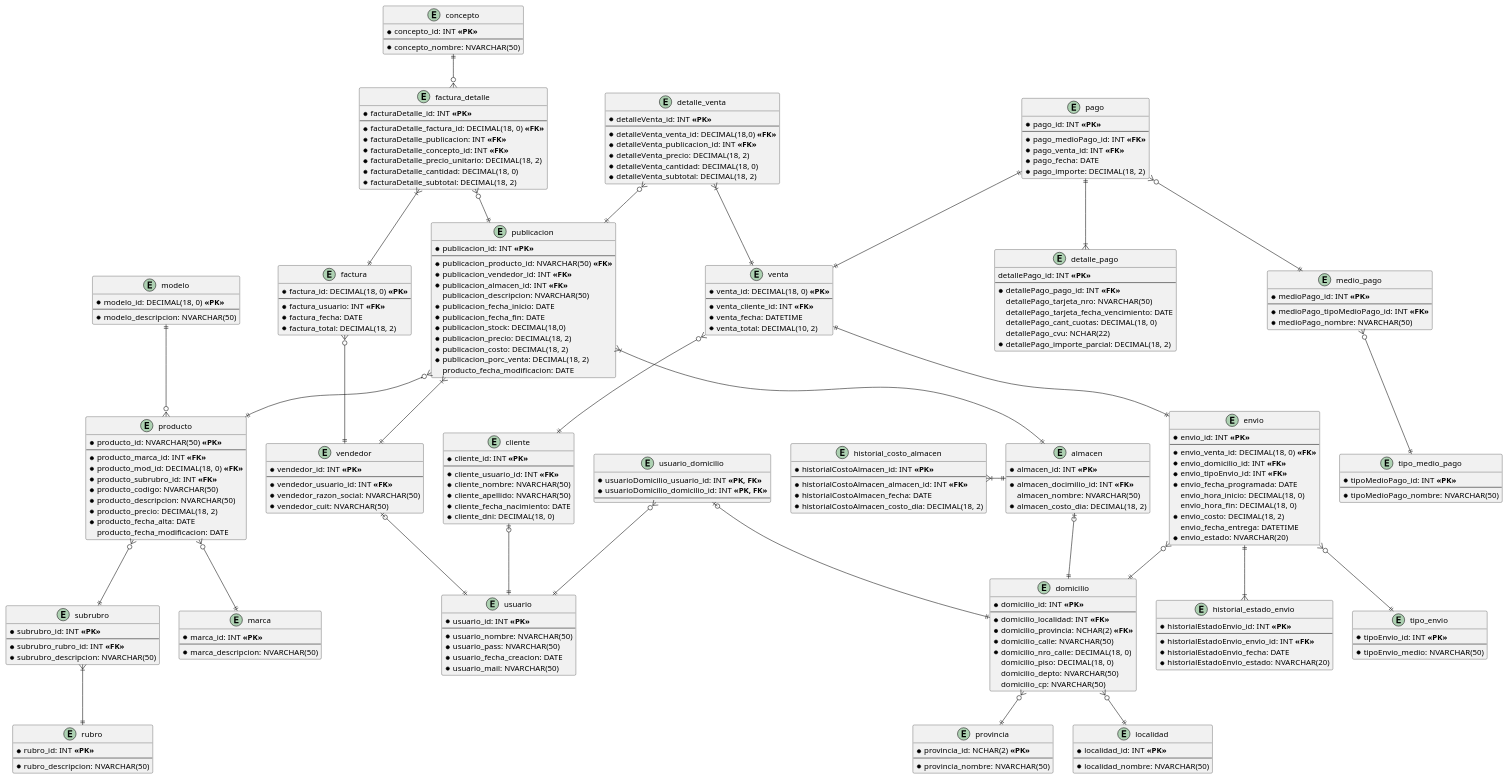
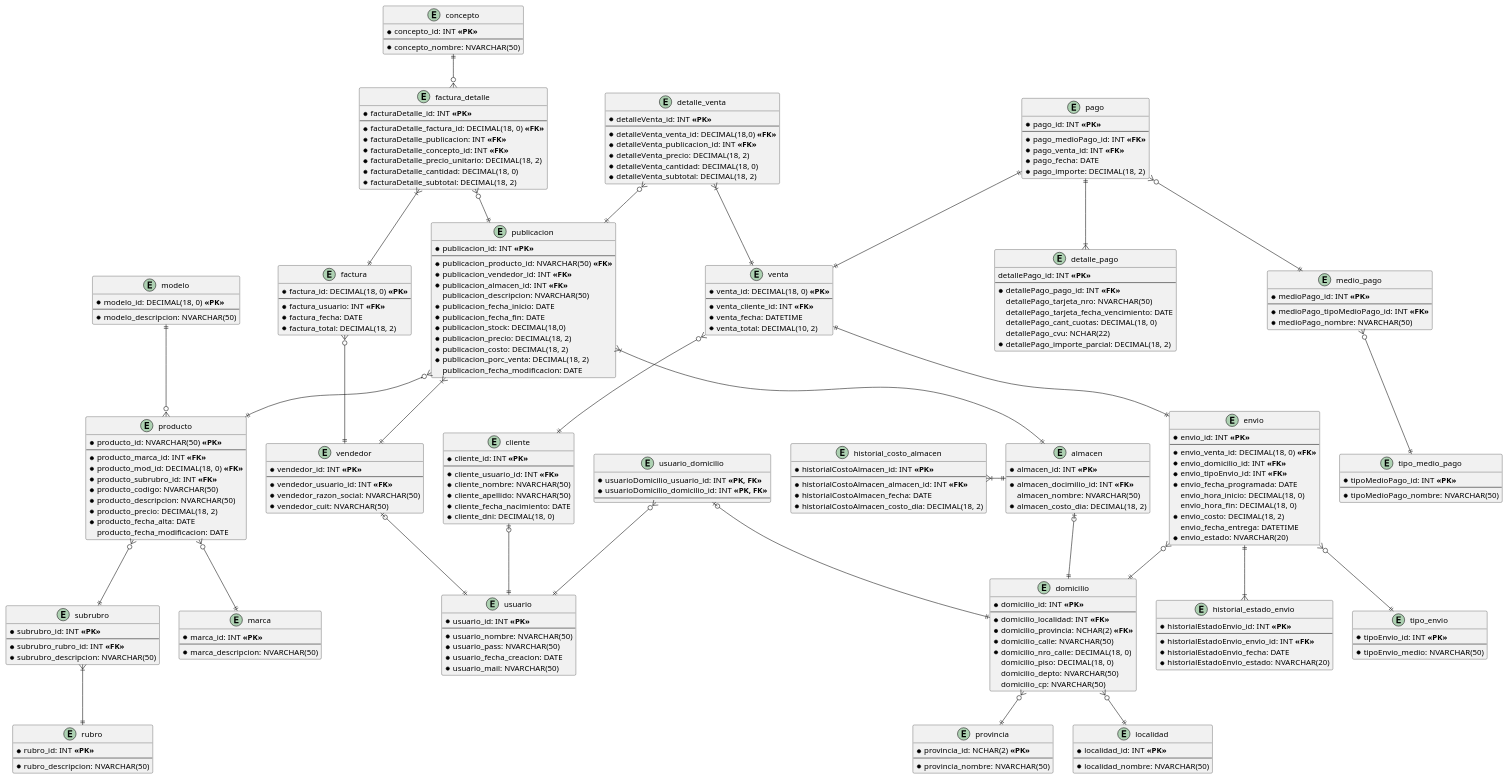
One commit to eitan-wajsberg/tp-gdd-2024-2C changed the diagram in diagramas/diagrama-entidad-relacion-inicial.puml. Above: the diagram before and after it, drawn with PlantUML.

Commit message:
diagramas: arreglo detalle en la entidad publicacion

```diff
--- a/diagramas/diagrama-entidad-relacion-inicial.puml
+++ b/diagramas/diagrama-entidad-relacion-inicial.puml
@@ -13,7 +13,7 @@
     * publicacion_precio: DECIMAL(18, 2)
     * publicacion_costo: DECIMAL(18, 2)
     * publicacion_porc_venta: DECIMAL(18, 2)
-    producto_fecha_modificacion: DATE
+    publicacion_fecha_modificacion: DATE
 }
 
 entity "producto" {
```
